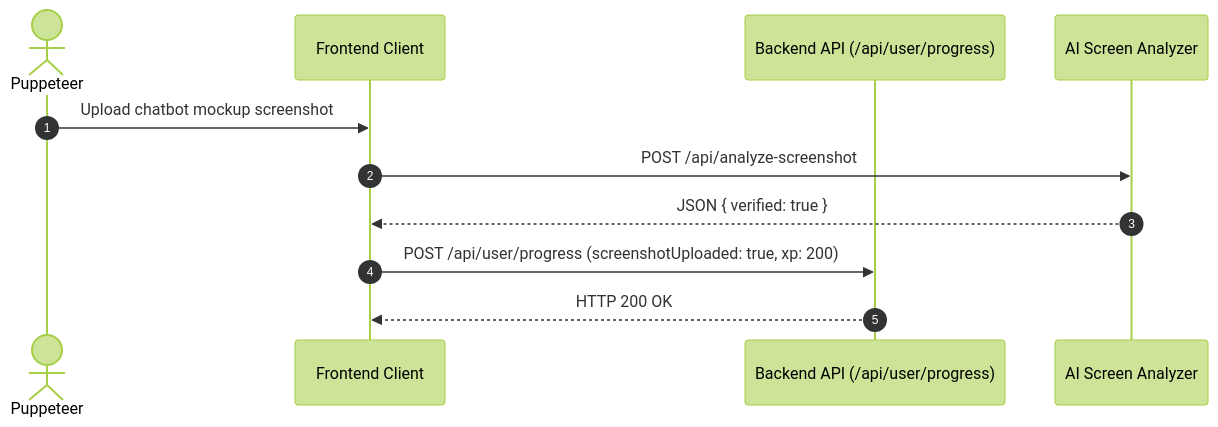
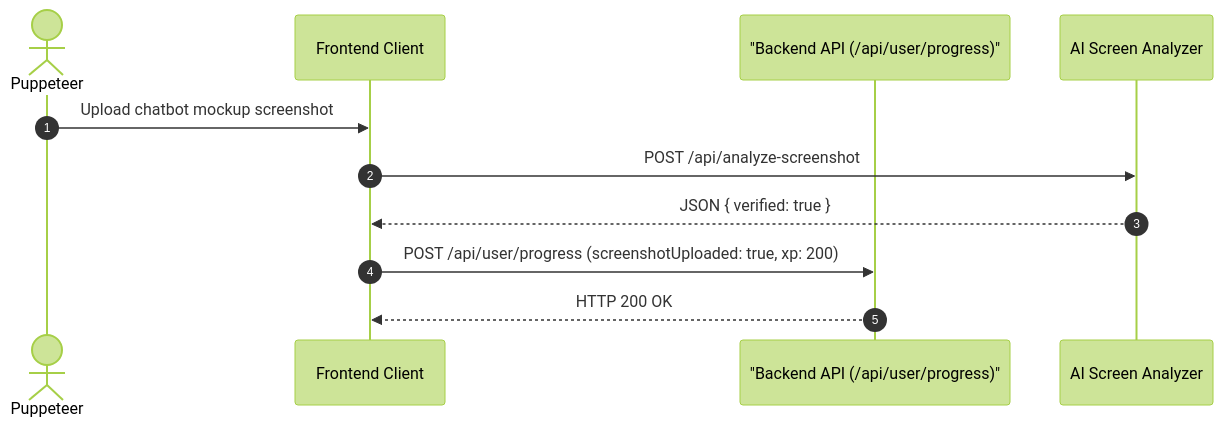
Before and after one commit to AggresiveP/aiskills: the diagram in README.md, drawn with Mermaid (forest theme).

Commit message:
fix: quote participant BE in Mermaid diagram to resolve syntax error

````diff
--- a/README.md
+++ b/README.md
@@ -83,14 +83,14 @@
 ```mermaid
 sequenceDiagram
     autonumber
     actor Tester as Puppeteer
     participant FE as Frontend Client
-    participant BE as Backend API (/api/user/progress)
+    participant BE as "Backend API (/api/user/progress)"
     participant AI as AI Screen Analyzer
 
     Tester->>FE: Upload chatbot mockup screenshot
     FE->>AI: POST /api/analyze-screenshot
     AI-->>FE: JSON { verified: true }
     FE->>BE: POST /api/user/progress (screenshotUploaded: true, xp: 200)
     BE-->>FE: HTTP 200 OK
 ```
````
